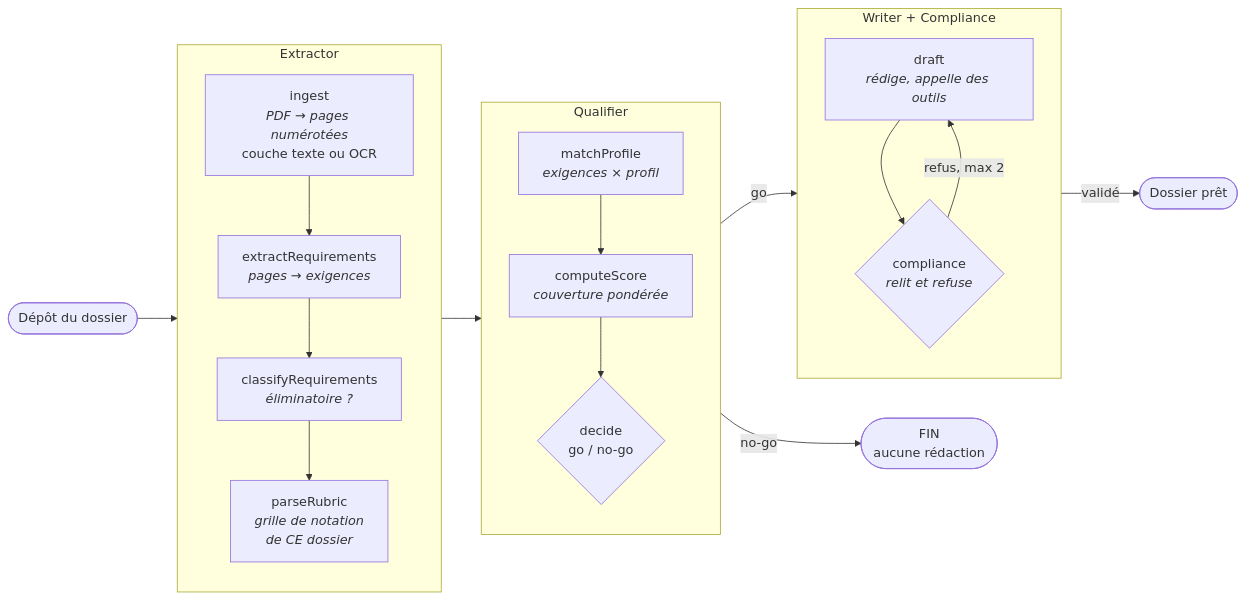
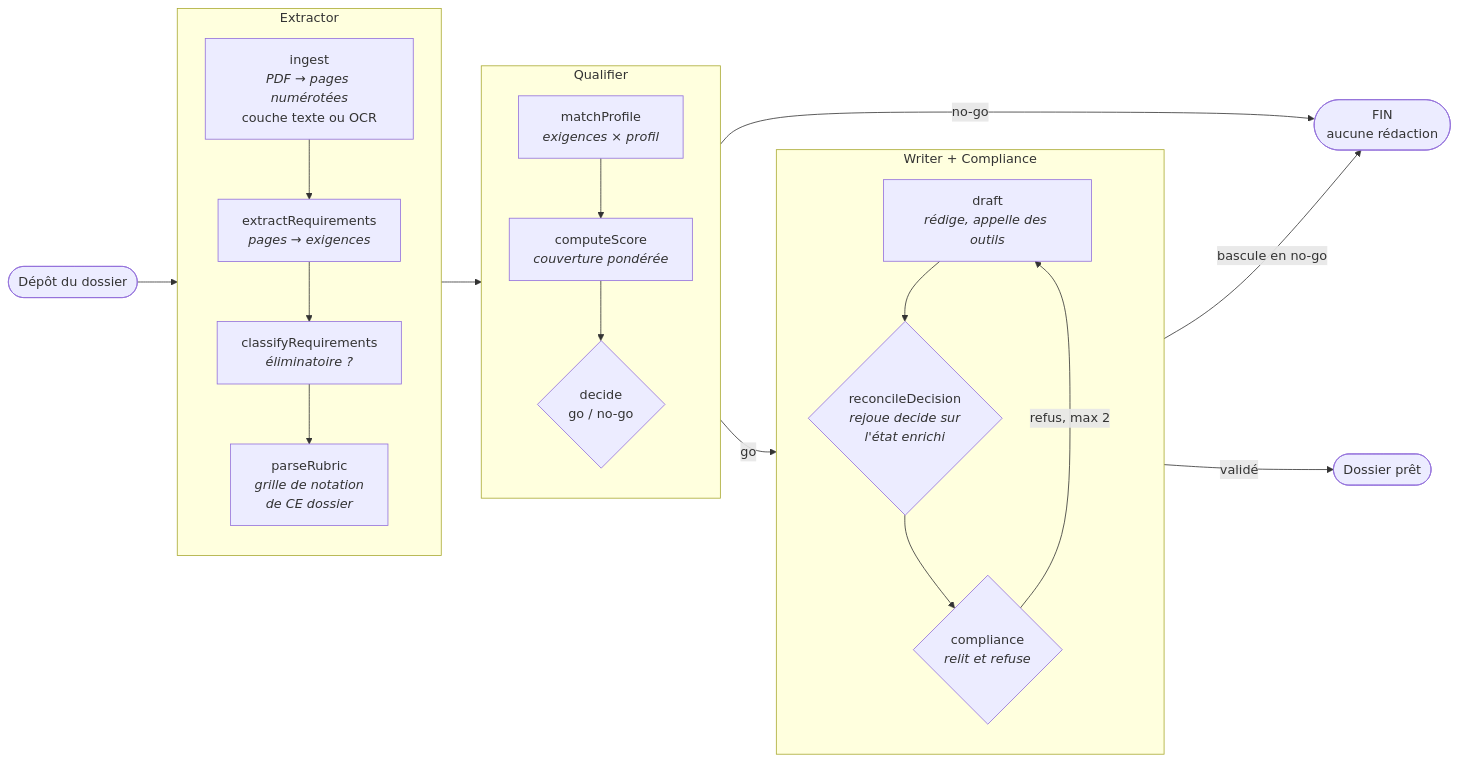
One commit to abdel-oue/TenderPilot changed the fourth of 9 diagrams in docs/diagrams.md. Above: the diagram before and after it, drawn with Mermaid. The commit also changed other lines of this file and 9 other files, not shown here.

````diff
--- a/docs/diagrams.md
+++ b/docs/diagrams.md
@@ -114,34 +114,36 @@
 ```mermaid
 flowchart LR
   START([Dépôt du dossier]) --> ingest
 
   subgraph EX["Extractor"]
     direction TB
     ingest["ingest<br/><i>PDF → pages numérotées</i><br/>couche texte ou OCR"]
     extract["extractRequirements<br/><i>pages → exigences</i>"]
     classify["classifyRequirements<br/><i>éliminatoire ?</i>"]
     rubric["parseRubric<br/><i>grille de notation<br/>de CE dossier</i>"]
     ingest --> extract --> classify --> rubric
   end
 
   subgraph QU["Qualifier"]
     direction TB
     match["matchProfile<br/><i>exigences × profil</i>"]
     score["computeScore<br/><i>couverture pondérée</i>"]
     decide{"decide<br/>go / no-go"}
     match --> score --> decide
   end
 
   subgraph WR["Writer + Compliance"]
     direction TB
     draft["draft<br/><i>rédige, appelle des outils</i>"]
+    recon{"reconcileDecision<br/><i>rejoue decide sur<br/>l'état enrichi</i>"}
     comp{"compliance<br/><i>relit et refuse</i>"}
-    draft --> comp
+    draft --> recon --> comp
   end
 
   rubric --> match
   decide -->|no-go| STOP([FIN<br/>aucune rédaction])
   decide -->|go| draft
+  recon -->|"bascule en no-go"| STOP
   comp -->|"refus, max 2"| draft
   comp -->|validé| DONE([Dossier prêt])
 ```
````
